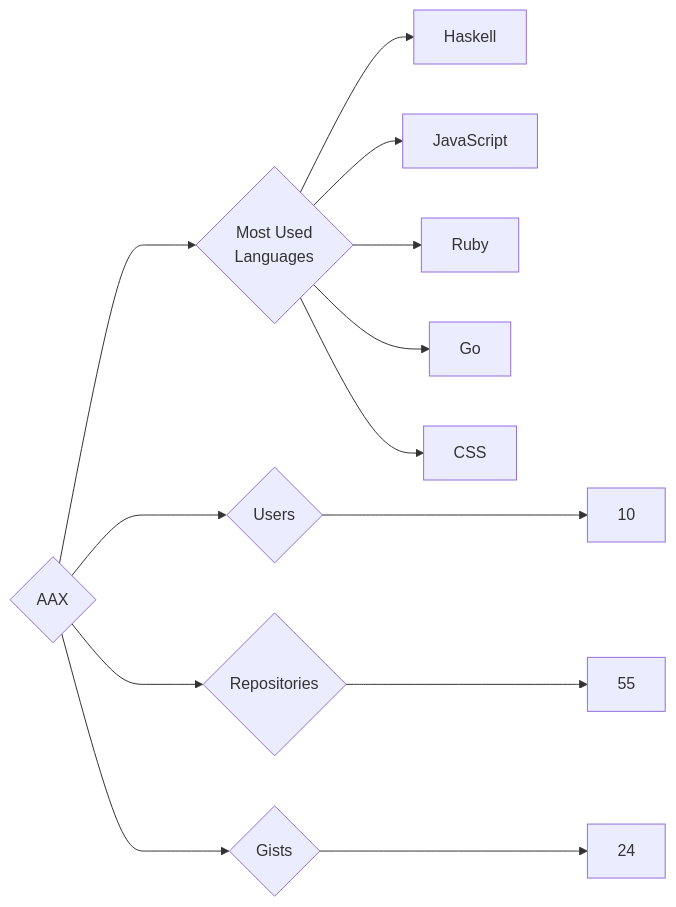
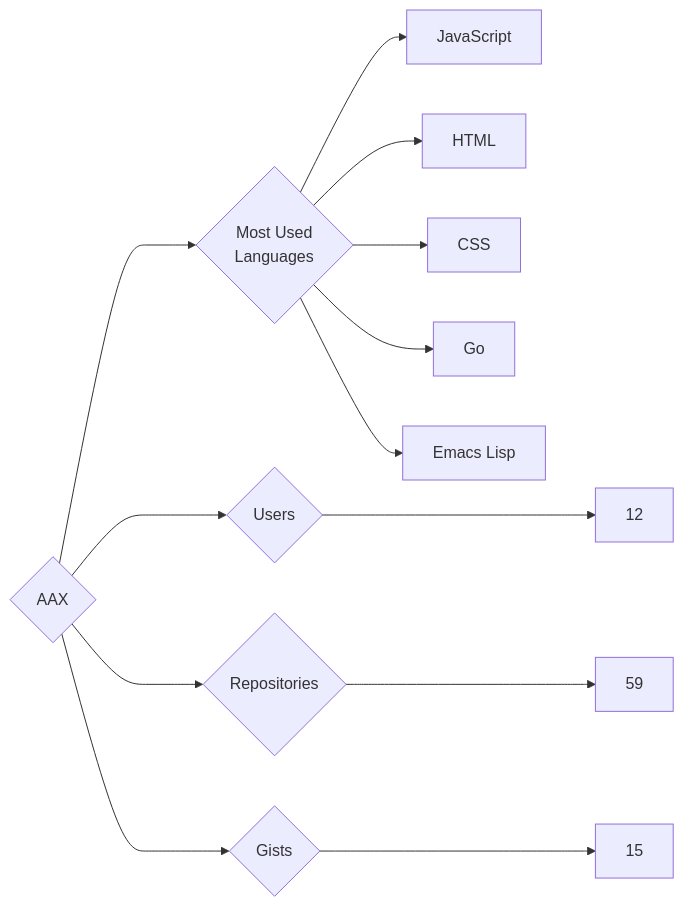
The diagram in targets/AAX/README.md (trickest/insiders), drawn with Mermaid before and after one commit. The commit also changed 1141 other files, not shown here.

````diff
--- a/targets/AAX/README.md
+++ b/targets/AAX/README.md
@@ -3,13 +3,13 @@
 ```mermaid
 graph LR
 COMPANY_NAME{AAX}
-COMPANY_NAME ---> U{Users} ---> UN[10]
-COMPANY_NAME ---> R{Repositories} ---> RN[55]
-COMPANY_NAME ---> G{Gists} ---> GN[24]
+COMPANY_NAME ---> U{Users} ---> UN[12]
+COMPANY_NAME ---> R{Repositories} ---> RN[59]
+COMPANY_NAME ---> G{Gists} ---> GN[15]
 COMPANY_NAME ---> ML{Most Used<br>Languages}
-ML --> Haskell[Haskell]
 ML --> JavaScript[JavaScript]
-ML --> Ruby[Ruby]
+ML --> HTML[HTML]
+ML --> CSS[CSS]
 ML --> Go[Go]
-ML --> CSS[CSS]
+ML --> Emacs_Lisp[Emacs Lisp]
 ```
````
